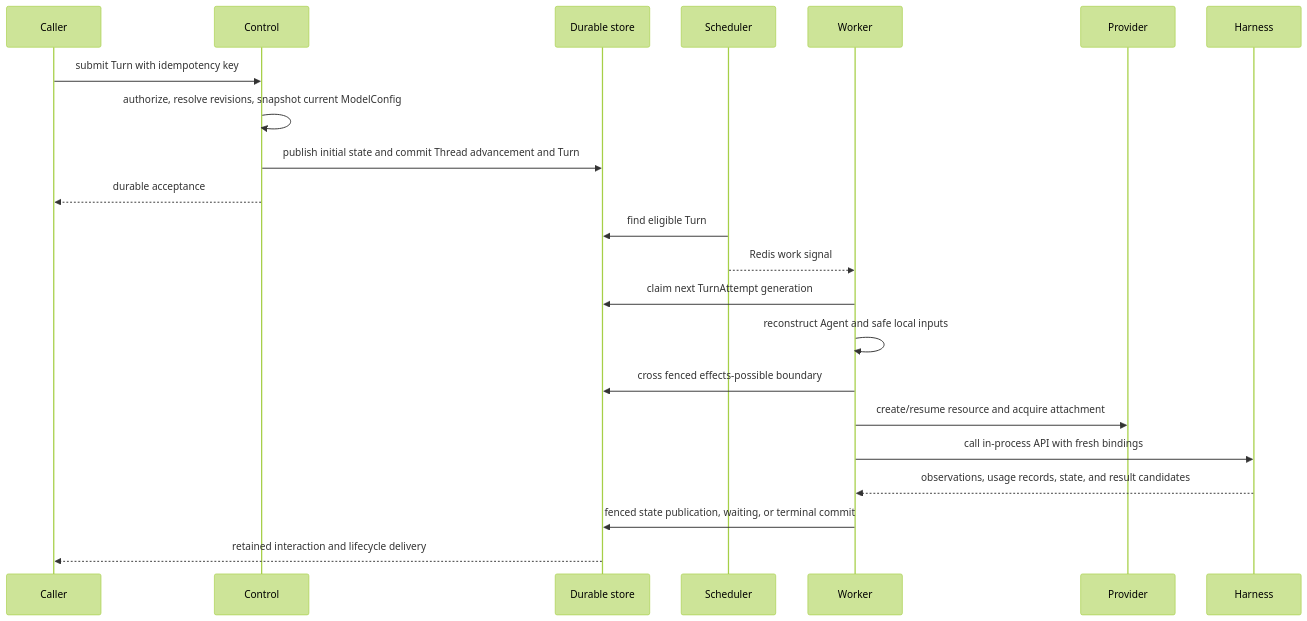
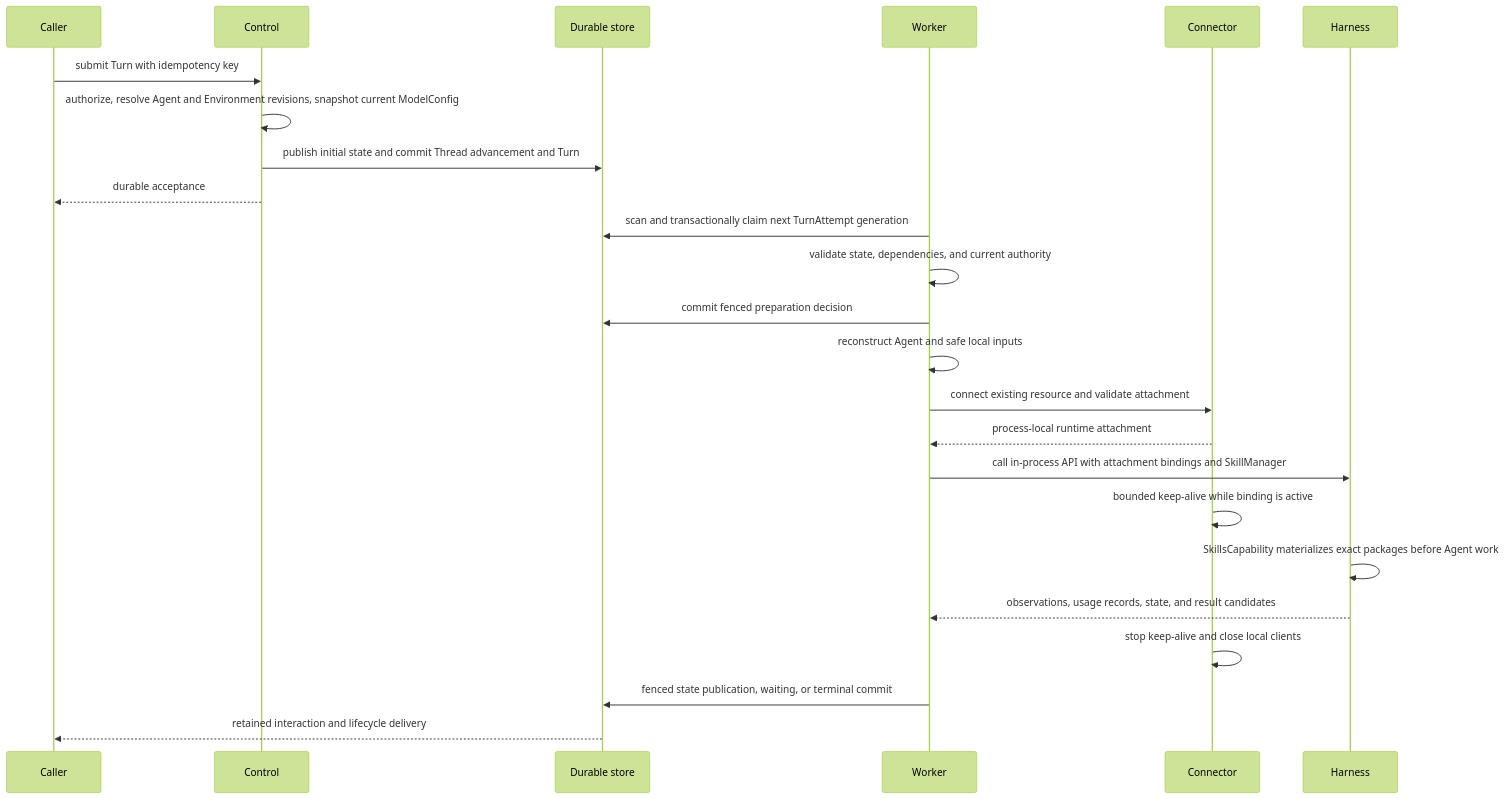
The second of 3 diagrams in spec/foundation-service/00-overview.md (LTThreeComma/agent-foundation), drawn with Mermaid (forest theme) before and after one commit. The commit also changed other lines of this file and 21 other files, not shown here.

````diff
--- a/spec/foundation-service/00-overview.md
+++ b/spec/foundation-service/00-overview.md
@@ -98,25 +100,27 @@
 ```mermaid
 sequenceDiagram
     participant Caller
     participant Control
     participant DB as Durable store
-    participant Scheduler
     participant Worker
-    participant Provider
+    participant Connector
     participant Harness
 
     Caller->>Control: submit Turn with idempotency key
-    Control->>Control: authorize, resolve revisions, snapshot current ModelConfig
+    Control->>Control: authorize, resolve Agent and Environment revisions, snapshot current ModelConfig
     Control->>DB: publish initial state and commit Thread advancement and Turn
     Control-->>Caller: durable acceptance
-    Scheduler->>DB: find eligible Turn
-    Scheduler-->>Worker: Redis work signal
-    Worker->>DB: claim next TurnAttempt generation
+    Worker->>DB: scan and transactionally claim next TurnAttempt generation
+    Worker->>Worker: validate state, dependencies, and current authority
+    Worker->>DB: commit fenced preparation decision
     Worker->>Worker: reconstruct Agent and safe local inputs
-    Worker->>DB: cross fenced effects-possible boundary
-    Worker->>Provider: create/resume resource and acquire attachment
-    Worker->>Harness: call in-process API with fresh bindings
+    Worker->>Connector: connect existing resource and validate attachment
+    Connector-->>Worker: process-local runtime attachment
+    Worker->>Harness: call in-process API with attachment bindings and SkillManager
+    Connector->>Connector: bounded keep-alive while binding is active
+    Harness->>Harness: SkillsCapability materializes exact packages before Agent work
     Harness-->>Worker: observations, usage records, state, and result candidates
+    Connector->>Connector: stop keep-alive and close local clients
     Worker->>DB: fenced state publication, waiting, or terminal commit
     DB-->>Caller: retained interaction and lifecycle delivery
 ```
````
